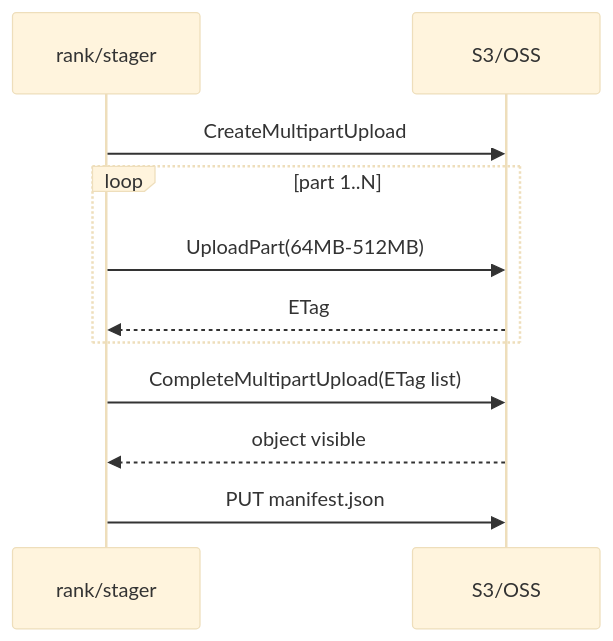
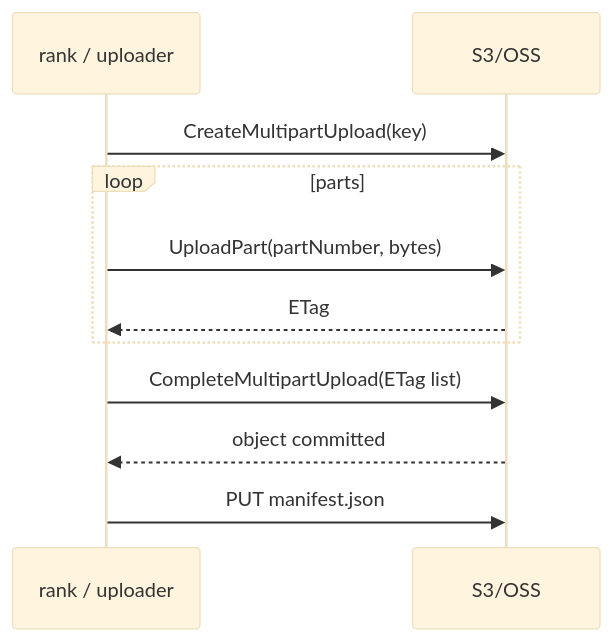
The sixth of 7 diagrams in ai-infra-tutorial/part0-foundations-of-systems/0c-filesystems-and-storage-internals.md (qxhy123/learn), drawn with Mermaid (base theme) before and after one commit. The commit also changed other lines of this file and 39 other files, not shown here.

First line of the commit message:
Split Part 0a CPU microarchitecture into 8 deep-dive chapters

````diff
--- a/ai-infra-tutorial/part0-foundations-of-systems/0c-filesystems-and-storage-internals.md
+++ b/ai-infra-tutorial/part0-foundations-of-systems/0c-filesystems-and-storage-internals.md
@@ -187,13 +418,13 @@
 ```mermaid
 sequenceDiagram
-  participant R as rank/stager
+  participant R as rank / uploader
   participant S as S3/OSS
-  R->>S: CreateMultipartUpload
-  loop part 1..N
-    R->>S: UploadPart(64MB-512MB)
+  R->>S: CreateMultipartUpload(key)
+  loop parts
+    R->>S: UploadPart(partNumber, bytes)
     S-->>R: ETag
   end
   R->>S: CompleteMultipartUpload(ETag list)
-  S-->>R: object visible
+  S-->>R: object committed
   R->>S: PUT manifest.json
 ```
````
